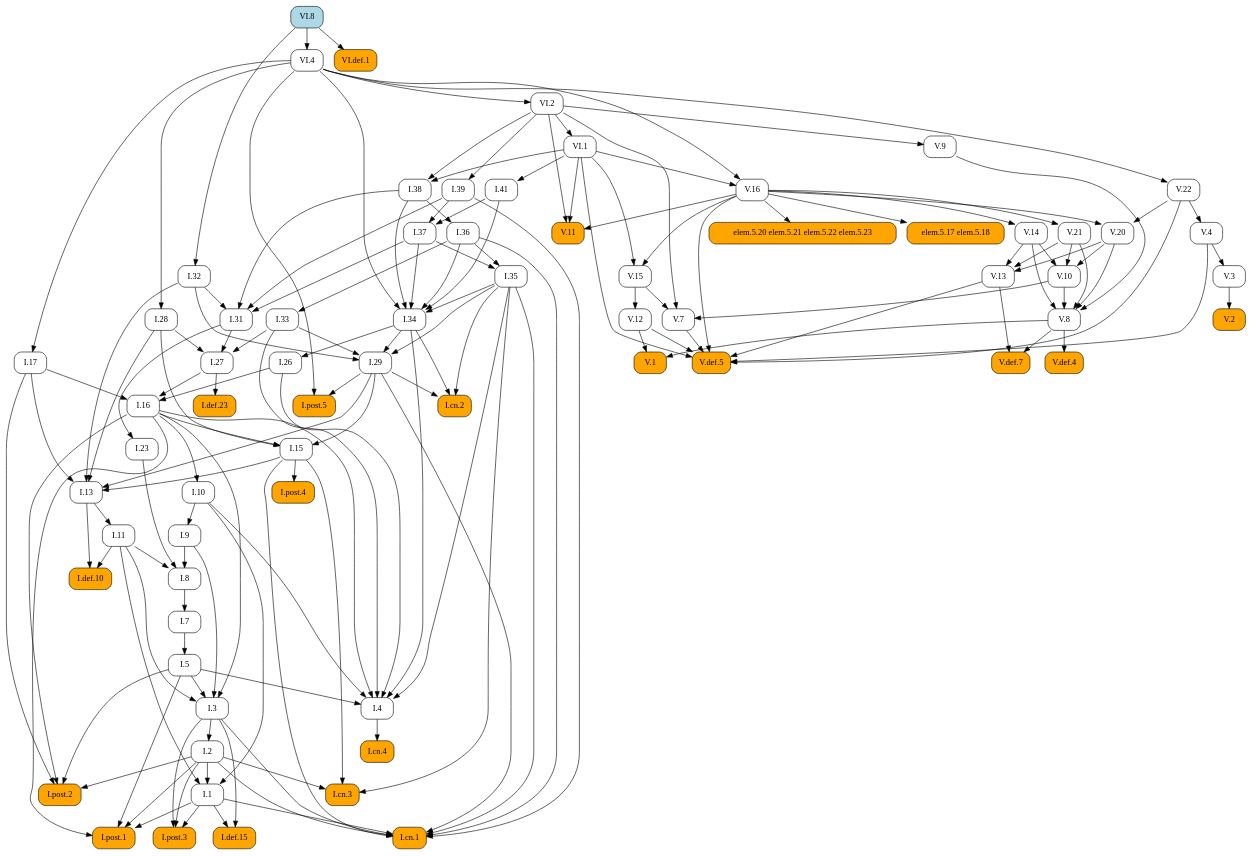
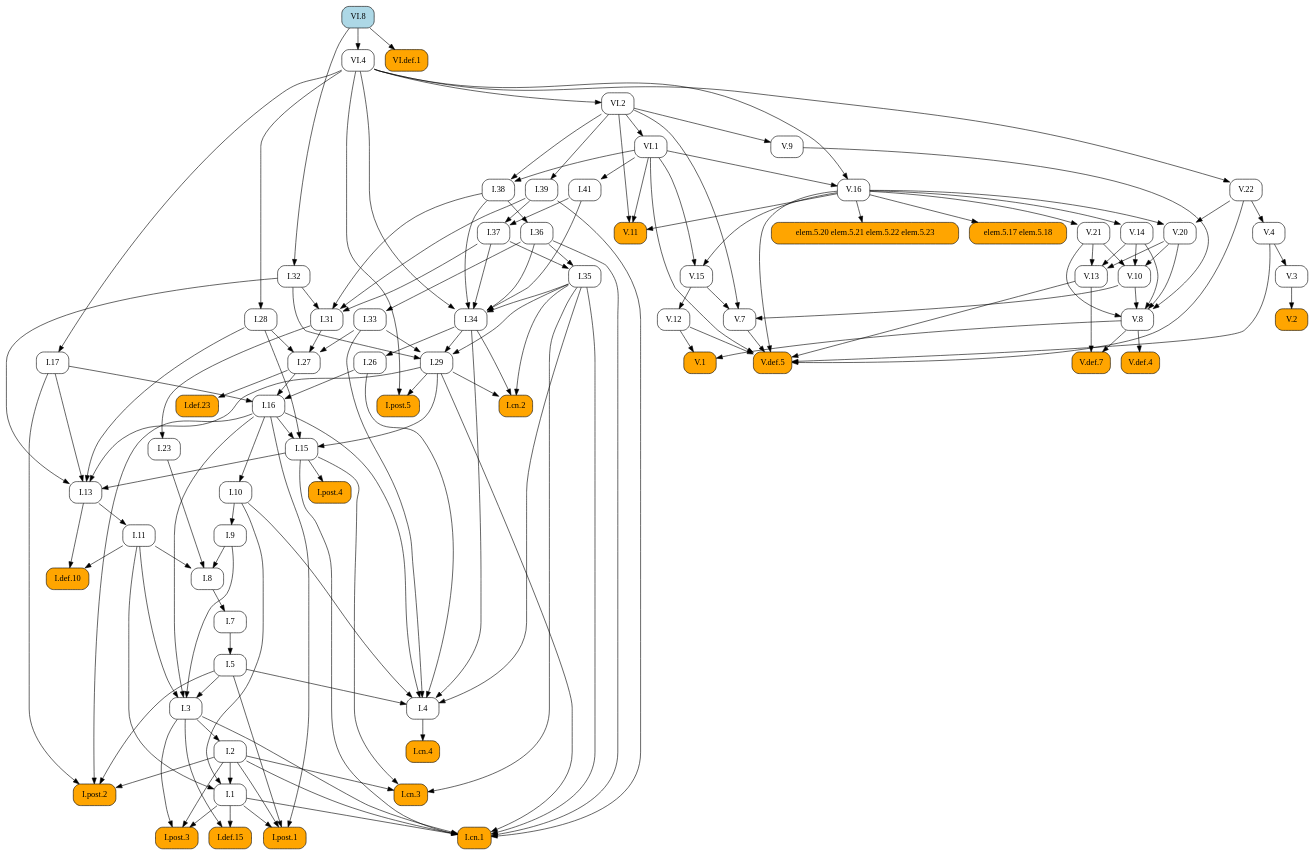
Before and after one commit to geometor/elements: the diagram in docsrc/heath/VI/8/index.rst, drawn with Graphviz. The commit also changed other lines of this file and 484 other files, not shown here.

```diff
--- a/docsrc/heath/VI/8/index.rst
+++ b/docsrc/heath/VI/8/index.rst
@@ -56,82 +60,169 @@
    digraph {
      rankdir="TB";
      node [shape=box, style=rounded];
+     "I.23" [URL="/heath/I/23/", target="_top"];
+     "I.9" [URL="/heath/I/9/", target="_top"];
+     "VI.def.1" [style="rounded,filled", fillcolor=orange, URL="/heath/VI/def.1/", target="_top"];
+     "V.13" [URL="/heath/V/13/", target="_top"];
+     "I.def.15" [style="rounded,filled", fillcolor=orange, URL="/heath/I/def.15/", target="_top"];
+     "V.7" [URL="/heath/V/7/", target="_top"];
+     "elem.5.17 elem.5.18" [style="rounded,filled", fillcolor=orange];
+     "I.post.1" [style="rounded,filled", fillcolor=orange, URL="/heath/I/post.1/", target="_top"];
+     "V.14" [URL="/heath/V/14/", target="_top"];
+     "V.9" [URL="/heath/V/9/", target="_top"];
+     "I.31" [URL="/heath/I/31/", target="_top"];
      "I.def.10" [style="rounded,filled", fillcolor=orange, URL="/heath/I/def.10/", target="_top"];
+     "V.10" [URL="/heath/V/10/", target="_top"];
+     "V.4" [URL="/heath/V/4/", target="_top"];
+     "VI.1" [URL="/heath/VI/1/", target="_top"];
+     "I.39" [URL="/heath/I/39/", target="_top"];
+     "V.11" [style="rounded,filled", fillcolor=orange, URL="/heath/V/11/", target="_top"];
+     "I.34" [URL="/heath/I/34/", target="_top"];
+     "I.3" [URL="/heath/I/3/", target="_top"];
+     "V.def.4" [style="rounded,filled", fillcolor=orange, URL="/heath/V/def.4/", target="_top"];
+     "V.def.7" [style="rounded,filled", fillcolor=orange, URL="/heath/V/def.7/", target="_top"];
+     "V.21" [URL="/heath/V/21/", target="_top"];
+     "I.2" [URL="/heath/I/2/", target="_top"];
+     "V.3" [URL="/heath/V/3/", target="_top"];
+     "I.13" [URL="/heath/I/13/", target="_top"];
+     "I.post.4" [style="rounded,filled", fillcolor=orange, URL="/heath/I/post.4/", target="_top"];
+     "I.4" [URL="/heath/I/4/", target="_top"];
+     "I.1" [URL="/heath/I/1/", target="_top"];
+     "I.17" [URL="/heath/I/17/", target="_top"];
+     "I.8" [URL="/heath/I/8/", target="_top"];
+     "I.29" [URL="/heath/I/29/", target="_top"];
+     "I.38" [URL="/heath/I/38/", target="_top"];
+     "V.8" [URL="/heath/V/8/", target="_top"];
+     "I.15" [URL="/heath/I/15/", target="_top"];
+     "I.10" [URL="/heath/I/10/", target="_top"];
      "I.11" [URL="/heath/I/11/", target="_top"];
-     "I.post.4" [style="rounded,filled", fillcolor=orange, URL="/heath/I/post.4/", target="_top"];
-     "I.28" [URL="/heath/I/28/", target="_top"];
-     "I.1" [URL="/heath/I/1/", target="_top"];
+     "I.def.23" [style="rounded,filled", fillcolor=orange, URL="/heath/I/def.23/", target="_top"];
+     "VI.8" [style="rounded,filled", fillcolor=lightblue, URL="/heath/VI/8/", target="_top"];
+     "VI.4" [URL="/heath/VI/4/", target="_top"];
+     "I.26" [URL="/heath/I/26/", target="_top"];
+     "V.16" [URL="/heath/V/16/", target="_top"];
+     "I.33" [URL="/heath/I/33/", target="_top"];
+     "I.32" [URL="/heath/I/32/", target="_top"];
+     "I.post.3" [style="rounded,filled", fillcolor=orange, URL="/heath/I/post.3/", target="_top"];
      "V.def.5" [style="rounded,filled", fillcolor=orange, URL="/heath/V/def.5/", target="_top"];
-     "V.13" [URL="/heath/V/13/", target="_top"];
-     "V.11" [style="rounded,filled", fillcolor=orange, URL="/heath/V/11/", target="_top"];
-     "I.post.3" [style="rounded,filled", fillcolor=orange, URL="/heath/I/post.3/", target="_top"];
-     "VI.1" [URL="/heath/VI/1/", target="_top"];
-     "I.cn.3" [style="rounded,filled", fillcolor=orange, URL="/heath/I/cn.3/", target="_top"];
-     "V.16" [URL="/heath/V/16/", target="_top"];
-     "VI.4" [URL="/heath/VI/4/", target="_top"];
-     "V.3" [URL="/heath/V/3/", target="_top"];
-     "V.8" [URL="/heath/V/8/", target="_top"];
      "I.27" [URL="/heath/I/27/", target="_top"];
-     "I.36" [URL="/heath/I/36/", target="_top"];
-     "I.41" [URL="/heath/I/41/", target="_top"];
-     "I.37" [URL="/heath/I/37/", target="_top"];
-     "I.34" [URL="/heath/I/34/", target="_top"];
-     "I.2" [URL="/heath/I/2/", target="_top"];
-     "I.def.23" [style="rounded,filled", fillcolor=orange, URL="/heath/I/def.23/", target="_top"];
-     "I.17" [URL="/heath/I/17/", target="_top"];
-     "I.33" [URL="/heath/I/33/", target="_top"];
-     "I.post.2" [style="rounded,filled", fillcolor=orange, URL="/heath/I/post.2/", target="_top"];
-     "VI.def.1" [style="rounded,filled", fillcolor=orange, URL="/heath/VI/def.1/", target="_top"];
-     "elem.5.20 elem.5.21 elem.5.22 elem.5.23" [style="rounded,filled", fillcolor=orange];
-     "I.9" [URL="/heath/I/9/", target="_top"];
-     "I.32" [URL="/heath/I/32/", target="_top"];
-     "I.cn.4" [style="rounded,filled", fillcolor=orange, URL="/heath/I/cn.4/", target="_top"];
-     "V.def.4" [style="rounded,filled", fillcolor=orange, URL="/heath/V/def.4/", target="_top"];
-     "I.15" [URL="/heath/I/15/", target="_top"];
-     "I.38" [URL="/heath/I/38/", target="_top"];
-     "V.def.7" [style="rounded,filled", fillcolor=orange, URL="/heath/V/def.7/", target="_top"];
-     "I.5" [URL="/heath/I/5/", target="_top"];
-     "V.21" [URL="/heath/V/21/", target="_top"];
-     "I.39" [URL="/heath/I/39/", target="_top"];
-     "I.26" [URL="/heath/I/26/", target="_top"];
-     "V.14" [URL="/heath/V/14/", target="_top"];
-     "I.29" [URL="/heath/I/29/", target="_top"];
-     "V.22" [URL="/heath/V/22/", target="_top"];
+     "V.20" [URL="/heath/V/20/", target="_top"];
      "V.12" [URL="/heath/V/12/", target="_top"];
-     "I.cn.2" [style="rounded,filled", fillcolor=orange, URL="/heath/I/cn.2/", target="_top"];
-     "V.20" [URL="/heath/V/20/", target="_top"];
-     "V.10" [URL="/heath/V/10/", target="_top"];
-     "VI.2" [URL="/heath/VI/2/", target="_top"];
-     "I.def.15" [style="rounded,filled", fillcolor=orange, URL="/heath/I/def.15/", target="_top"];
-     "V.15" [URL="/heath/V/15/", target="_top"];
+     "V.2" [style="rounded,filled", fillcolor=orange, URL="/heath/V/2/", target="_top"];
      "I.cn.1" [style="rounded,filled", fillcolor=orange, URL="/heath/I/cn.1/", target="_top"];
-     "V.7" [URL="/heath/V/7/", target="_top"];
-     "V.9" [URL="/heath/V/9/", target="_top"];
-     "I.23" [URL="/heath/I/23/", target="_top"];
-     "I.post.1" [style="rounded,filled", fillcolor=orange, URL="/heath/I/post.1/", target="_top"];
      "I.35" [URL="/heath/I/35/", target="_top"];
      "I.7" [URL="/heath/I/7/", target="_top"];
-     "I.3" [URL="/heath/I/3/", target="_top"];
-     "I.4" [URL="/heath/I/4/", target="_top"];
-     "I.13" [URL="/heath/I/13/", target="_top"];
-     "V.4" [URL="/heath/V/4/", target="_top"];
-     "I.31" [URL="/heath/I/31/", target="_top"];
+     "I.36" [URL="/heath/I/36/", target="_top"];
+     "I.5" [URL="/heath/I/5/", target="_top"];
+     "I.37" [URL="/heath/I/37/", target="_top"];
+     "I.cn.3" [style="rounded,filled", fillcolor=orange, URL="/heath/I/cn.3/", target="_top"];
+     "I.16" [URL="/heath/I/16/", target="_top"];
+     "V.22" [URL="/heath/V/22/", target="_top"];
      "V.1" [style="rounded,filled", fillcolor=orange, URL="/heath/V/1/", target="_top"];
-     "I.16" [URL="/heath/I/16/", target="_top"];
-     "elem.5.17 elem.5.18" [style="rounded,filled", fillcolor=orange];
-     "VI.8" [style="rounded,filled", fillcolor=lightblue, URL="/heath/VI/8/", target="_top"];
-     "I.8" [URL="/heath/I/8/", target="_top"];
-     "V.2" [style="rounded,filled", fillcolor=orange, URL="/heath/V/2/", target="_top"];
+     "I.cn.2" [style="rounded,filled", fillcolor=orange, URL="/heath/I/cn.2/", target="_top"];
      "I.post.5" [style="rounded,filled", fillcolor=orange, URL="/heath/I/post.5/", target="_top"];
-     "I.10" [URL="/heath/I/10/", target="_top"];
+     "I.28" [URL="/heath/I/28/", target="_top"];
+     "VI.2" [URL="/heath/VI/2/", target="_top"];
+     "I.cn.4" [style="rounded,filled", fillcolor=orange, URL="/heath/I/cn.4/", target="_top"];
+     "I.post.2" [style="rounded,filled", fillcolor=orange, URL="/heath/I/post.2/", target="_top"];
+     "V.15" [URL="/heath/V/15/", target="_top"];
+     "I.41" [URL="/heath/I/41/", target="_top"];
+     "elem.5.20 elem.5.21 elem.5.22 elem.5.23" [style="rounded,filled", fillcolor=orange];
+     "I.31" -> "I.23";
+     "I.10" -> "I.9";
+     "VI.8" -> "VI.def.1";
+     "V.14" -> "V.13";
+     "V.20" -> "V.13";
+     "V.21" -> "V.13";
+     "I.1" -> "I.def.15";
+     "I.3" -> "I.def.15";
+     "V.10" -> "V.7";
+     "V.15" -> "V.7";
+     "VI.2" -> "V.7";
+     "V.16" -> "elem.5.17 elem.5.18";
+     "I.1" -> "I.post.1";
+     "I.2" -> "I.post.1";
+     "I.5" -> "I.post.1";
+     "I.16" -> "I.post.1";
+     "V.16" -> "V.14";
+     "VI.2" -> "V.9";
+     "I.32" -> "I.31";
+     "I.37" -> "I.31";
+     "I.38" -> "I.31";
+     "I.39" -> "I.31";
      "I.11" -> "I.def.10";
      "I.13" -> "I.def.10";
-     "I.13" -> "I.11";
+     "V.14" -> "V.10";
+     "V.20" -> "V.10";
+     "V.21" -> "V.10";
+     "V.22" -> "V.4";
+     "VI.2" -> "VI.1";
+     "VI.2" -> "I.39";
+     "V.16" -> "V.11";
+     "VI.1" -> "V.11";
+     "VI.2" -> "V.11";
+     "I.35" -> "I.34";
+     "I.36" -> "I.34";
+     "I.37" -> "I.34";
+     "I.38" -> "I.34";
+     "I.41" -> "I.34";
+     "VI.4" -> "I.34";
+     "I.5" -> "I.3";
+     "I.9" -> "I.3";
+     "I.11" -> "I.3";
+     "I.16" -> "I.3";
+     "V.8" -> "V.def.4";
+     "V.8" -> "V.def.7";
+     "V.13" -> "V.def.7";
+     "V.16" -> "V.21";
+     "I.3" -> "I.2";
+     "V.4" -> "V.3";
+     "I.15" -> "I.13";
+     "I.17" -> "I.13";
+     "I.28" -> "I.13";
+     "I.29" -> "I.13";
+     "I.32" -> "I.13";
      "I.15" -> "I.post.4";
-     "VI.4" -> "I.28";
+     "I.5" -> "I.4";
+     "I.10" -> "I.4";
+     "I.16" -> "I.4";
+     "I.26" -> "I.4";
+     "I.33" -> "I.4";
+     "I.34" -> "I.4";
+     "I.35" -> "I.4";
      "I.2" -> "I.1";
      "I.10" -> "I.1";
      "I.11" -> "I.1";
+     "VI.4" -> "I.17";
+     "I.9" -> "I.8";
+     "I.11" -> "I.8";
+     "I.23" -> "I.8";
+     "I.32" -> "I.29";
+     "I.33" -> "I.29";
+     "I.34" -> "I.29";
+     "I.35" -> "I.29";
+     "VI.1" -> "I.38";
+     "VI.2" -> "I.38";
+     "V.9" -> "V.8";
+     "V.10" -> "V.8";
+     "V.14" -> "V.8";
+     "V.20" -> "V.8";
+     "V.21" -> "V.8";
+     "I.16" -> "I.15";
+     "I.28" -> "I.15";
+     "I.29" -> "I.15";
+     "I.16" -> "I.10";
+     "I.13" -> "I.11";
+     "I.27" -> "I.def.23";
+     "VI.8" -> "VI.4";
+     "I.34" -> "I.26";
+     "VI.1" -> "V.16";
+     "VI.4" -> "V.16";
+     "I.36" -> "I.33";
+     "VI.8" -> "I.32";
+     "I.1" -> "I.post.3";
+     "I.2" -> "I.post.3";
+     "I.3" -> "I.post.3";
      "V.4" -> "V.def.5";
      "V.7" -> "V.def.5";
      "V.12" -> "V.def.5";
@@ -139,86 +230,13 @@
      "V.16" -> "V.def.5";
      "V.22" -> "V.def.5";
      "VI.1" -> "V.def.5";
-     "V.14" -> "V.13";
-     "V.20" -> "V.13";
-     "V.21" -> "V.13";
-     "V.16" -> "V.11";
-     "VI.1" -> "V.11";
-     "VI.2" -> "V.11";
-     "I.1" -> "I.post.3";
-     "I.2" -> "I.post.3";
-     "I.3" -> "I.post.3";
-     "VI.2" -> "VI.1";
-     "I.2" -> "I.cn.3";
-     "I.15" -> "I.cn.3";
-     "I.35" -> "I.cn.3";
-     "VI.1" -> "V.16";
-     "VI.4" -> "V.16";
-     "VI.8" -> "VI.4";
-     "V.4" -> "V.3";
-     "V.9" -> "V.8";
-     "V.10" -> "V.8";
-     "V.14" -> "V.8";
-     "V.20" -> "V.8";
-     "V.21" -> "V.8";
      "I.28" -> "I.27";
      "I.31" -> "I.27";
      "I.33" -> "I.27";
-     "I.38" -> "I.36";
-     "VI.1" -> "I.41";
-     "I.39" -> "I.37";
-     "I.41" -> "I.37";
-     "I.35" -> "I.34";
-     "I.36" -> "I.34";
-     "I.37" -> "I.34";
-     "I.38" -> "I.34";
-     "I.41" -> "I.34";
-     "VI.4" -> "I.34";
-     "I.3" -> "I.2";
-     "I.27" -> "I.def.23";
-     "VI.4" -> "I.17";
-     "I.36" -> "I.33";
-     "I.2" -> "I.post.2";
-     "I.5" -> "I.post.2";
-     "I.16" -> "I.post.2";
-     "I.17" -> "I.post.2";
-     "VI.8" -> "VI.def.1";
-     "V.16" -> "elem.5.20 elem.5.21 elem.5.22 elem.5.23";
-     "I.10" -> "I.9";
-     "VI.8" -> "I.32";
-     "I.4" -> "I.cn.4";
-     "V.8" -> "V.def.4";
-     "I.16" -> "I.15";
-     "I.28" -> "I.15";
-     "I.29" -> "I.15";
-     "VI.1" -> "I.38";
-     "VI.2" -> "I.38";
-     "V.8" -> "V.def.7";
-     "V.13" -> "V.def.7";
-     "I.7" -> "I.5";
-     "V.16" -> "V.21";
-     "VI.2" -> "I.39";
-     "I.34" -> "I.26";
-     "V.16" -> "V.14";
-     "I.32" -> "I.29";
-     "I.33" -> "I.29";
-     "I.34" -> "I.29";
-     "I.35" -> "I.29";
-     "VI.4" -> "V.22";
-     "V.15" -> "V.12";
-     "I.29" -> "I.cn.2";
-     "I.34" -> "I.cn.2";
-     "I.35" -> "I.cn.2";
      "V.16" -> "V.20";
      "V.22" -> "V.20";
-     "V.14" -> "V.10";
-     "V.20" -> "V.10";
-     "V.21" -> "V.10";
-     "VI.4" -> "VI.2";
-     "I.1" -> "I.def.15";
-     "I.3" -> "I.def.15";
-     "V.16" -> "V.15";
-     "VI.1" -> "V.15";
+     "V.15" -> "V.12";
+     "V.3" -> "V.2";
      "I.1" -> "I.cn.1";
      "I.2" -> "I.cn.1";
      "I.3" -> "I.cn.1";
@@ -227,50 +245,36 @@
      "I.35" -> "I.cn.1";
      "I.36" -> "I.cn.1";
      "I.39" -> "I.cn.1";
-     "V.10" -> "V.7";
-     "V.15" -> "V.7";
-     "VI.2" -> "V.7";
-     "VI.2" -> "V.9";
-     "I.31" -> "I.23";
-     "I.1" -> "I.post.1";
-     "I.2" -> "I.post.1";
-     "I.5" -> "I.post.1";
-     "I.16" -> "I.post.1";
      "I.36" -> "I.35";
      "I.37" -> "I.35";
      "I.8" -> "I.7";
-     "I.5" -> "I.3";
-     "I.9" -> "I.3";
-     "I.11" -> "I.3";
-     "I.16" -> "I.3";
-     "I.5" -> "I.4";
-     "I.10" -> "I.4";
-     "I.16" -> "I.4";
-     "I.26" -> "I.4";
-     "I.33" -> "I.4";
-     "I.34" -> "I.4";
-     "I.35" -> "I.4";
-     "I.15" -> "I.13";
-     "I.17" -> "I.13";
-     "I.28" -> "I.13";
-     "I.29" -> "I.13";
-     "I.32" -> "I.13";
-     "V.22" -> "V.4";
-     "I.32" -> "I.31";
-     "I.37" -> "I.31";
-     "I.38" -> "I.31";
-     "I.39" -> "I.31";
-     "V.8" -> "V.1";
-     "V.12" -> "V.1";
+     "I.38" -> "I.36";
+     "I.7" -> "I.5";
+     "I.39" -> "I.37";
+     "I.41" -> "I.37";
+     "I.2" -> "I.cn.3";
+     "I.15" -> "I.cn.3";
+     "I.35" -> "I.cn.3";
      "I.17" -> "I.16";
      "I.26" -> "I.16";
      "I.27" -> "I.16";
-     "V.16" -> "elem.5.17 elem.5.18";
-     "I.9" -> "I.8";
-     "I.11" -> "I.8";
-     "I.23" -> "I.8";
-     "V.3" -> "V.2";
+     "VI.4" -> "V.22";
+     "V.8" -> "V.1";
+     "V.12" -> "V.1";
+     "I.29" -> "I.cn.2";
+     "I.34" -> "I.cn.2";
+     "I.35" -> "I.cn.2";
      "I.29" -> "I.post.5";
      "VI.4" -> "I.post.5";
-     "I.16" -> "I.10";
+     "VI.4" -> "I.28";
+     "VI.4" -> "VI.2";
+     "I.4" -> "I.cn.4";
+     "I.2" -> "I.post.2";
+     "I.5" -> "I.post.2";
+     "I.16" -> "I.post.2";
+     "I.17" -> "I.post.2";
+     "V.16" -> "V.15";
+     "VI.1" -> "V.15";
+     "VI.1" -> "I.41";
+     "V.16" -> "elem.5.20 elem.5.21 elem.5.22 elem.5.23";
    }
```
